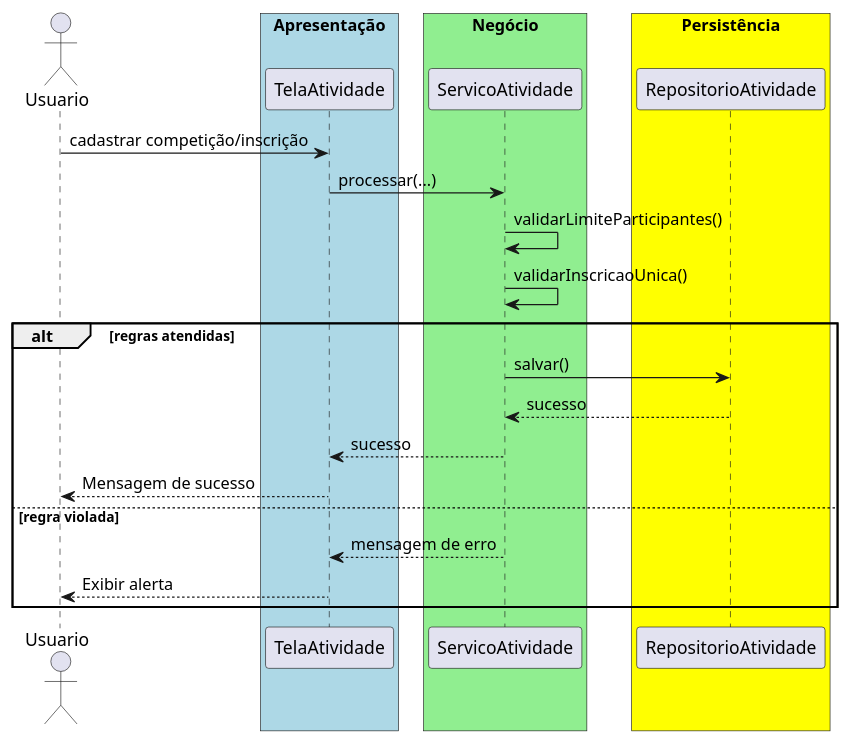
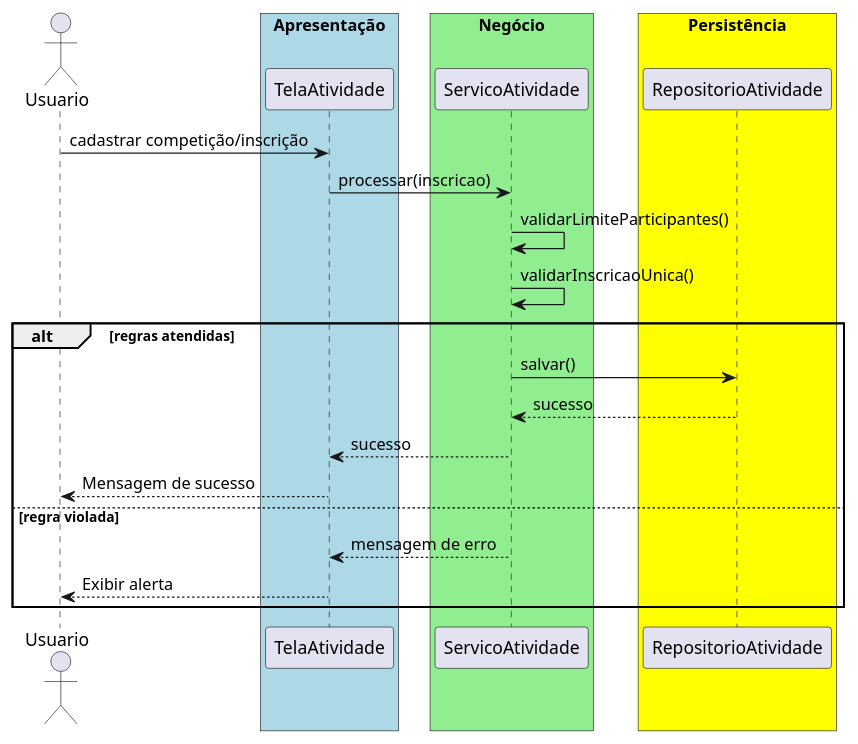
The diagram in src/trabalhos/Trabalho19.md (20261-ifba-saj-ads-poo/blog), drawn with PlantUML before and after one commit. The commit also changed other lines of this file and 35 other files, not shown here.

````diff
--- a/src/trabalhos/Trabalho19.md
+++ b/src/trabalhos/Trabalho19.md
@@ -28,27 +28,27 @@
 ```plantuml{kroki=true}
 @startuml
 actor Usuario
 box "Apresentação" #lightblue
     participant TelaAtividade
 end box
 box "Negócio" #lightgreen
     participant ServicoAtividade
 end box
 box "Persistência" #yellow
     participant RepositorioAtividade
 end box
 Usuario -> TelaAtividade : cadastrar competição/inscrição
-TelaAtividade -> ServicoAtividade : processar(...)
+TelaAtividade -> ServicoAtividade : processar(inscricao)
 ServicoAtividade -> ServicoAtividade : validarLimiteParticipantes()
 ServicoAtividade -> ServicoAtividade : validarInscricaoUnica()
 alt regras atendidas
     ServicoAtividade -> RepositorioAtividade : salvar()
     RepositorioAtividade --> ServicoAtividade : sucesso
     ServicoAtividade --> TelaAtividade : sucesso
     TelaAtividade --> Usuario : Mensagem de sucesso
 else regra violada
     ServicoAtividade --> TelaAtividade : mensagem de erro
     TelaAtividade --> Usuario : Exibir alerta
 end
 @enduml
 ```
````
